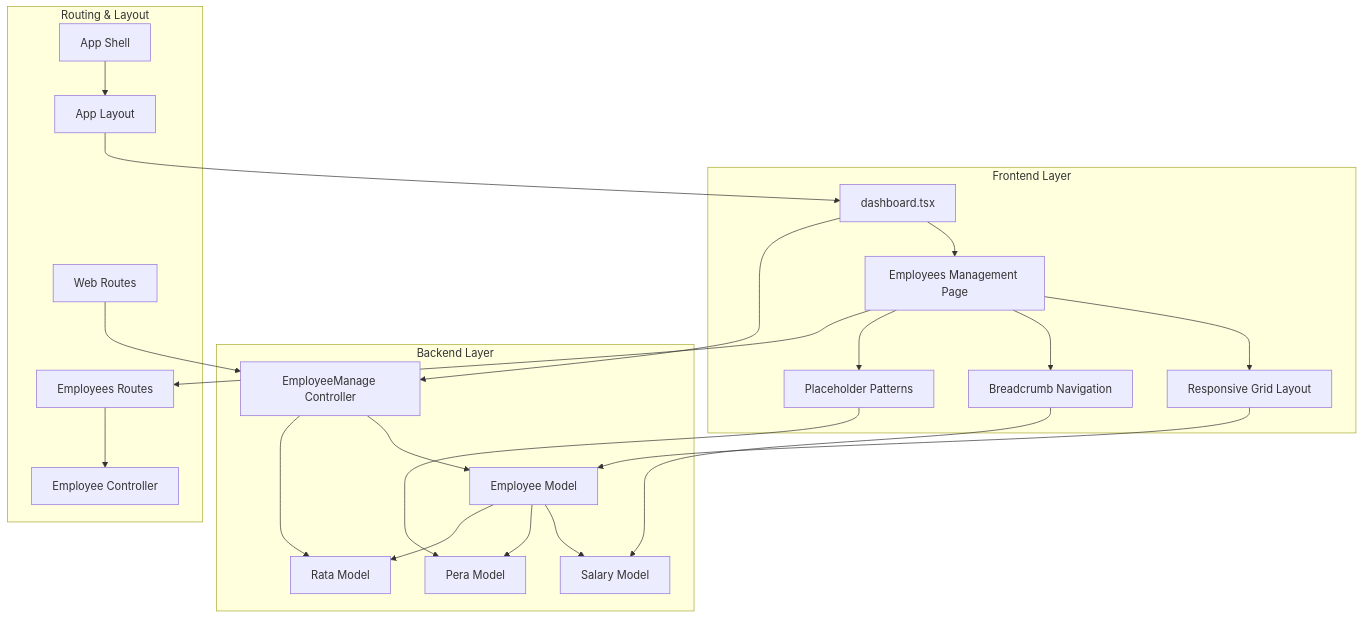
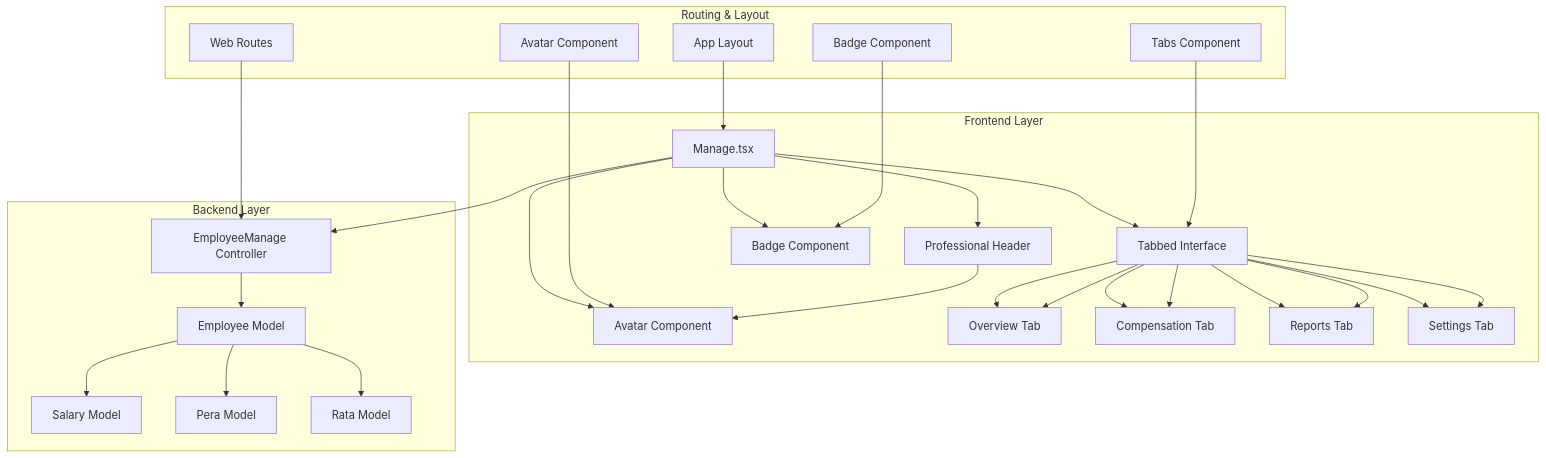
The first of 6 diagrams in .qoder/repowiki/en/content/Employee Management/Employee Overview Dashboard.md (vincet0t15/template), drawn with Mermaid before and after one commit. The commit also changed other lines of this file and 7 other files, not shown here.

````diff
--- a/.qoder/repowiki/en/content/Employee Management/Employee Overview Dashboard.md
+++ b/.qoder/repowiki/en/content/Employee Management/Employee Overview Dashboard.md
@@ -53,27 +54,32 @@
 ```mermaid
 graph TB
 subgraph "Frontend Layer"
-A[dashboard.tsx] --> B[Employees Management Page]
-B --> C[Responsive Grid Layout]
-B --> D[Breadcrumb Navigation]
-B --> E[Placeholder Patterns]
+A[Manage.tsx] --> B[Professional Header]
+A --> C[Tabbed Interface]
+A --> D[Avatar Component]
+A --> E[Badge Component]
+C --> F[Overview Tab]
+C --> G[Compensation Tab]
+C --> H[Reports Tab]
+C --> I[Settings Tab]
 end
 subgraph "Backend Layer"
-F[EmployeeManage Controller] --> G[Employee Model]
-G --> H[Salary Model]
-G --> I[Pera Model]
-G --> J[Rata Model]
+J[EmployeeManage Controller] --> K[Employee Model]
+K --> L[Salary Model]
+K --> M[Pera Model]
+K --> N[Rata Model]
 end
 subgraph "Routing & Layout"
-K[Web Routes] --> F
-L[App Layout] --> A
-M[App Shell] --> L
-N[Employees Routes] --> O[Employee Controller]
+O[Web Routes] --> J
+P[App Layout] --> A
+Q[Tabs Component] --> C
+R[Avatar Component] --> D
+S[Badge Component] --> E
 end
-A --> F
-B --> N
+A --> J
+B --> D
+C --> F
 C --> G
-D --> H
-E --> I
-F --> J
+C --> H
+C --> I
 ```
````
